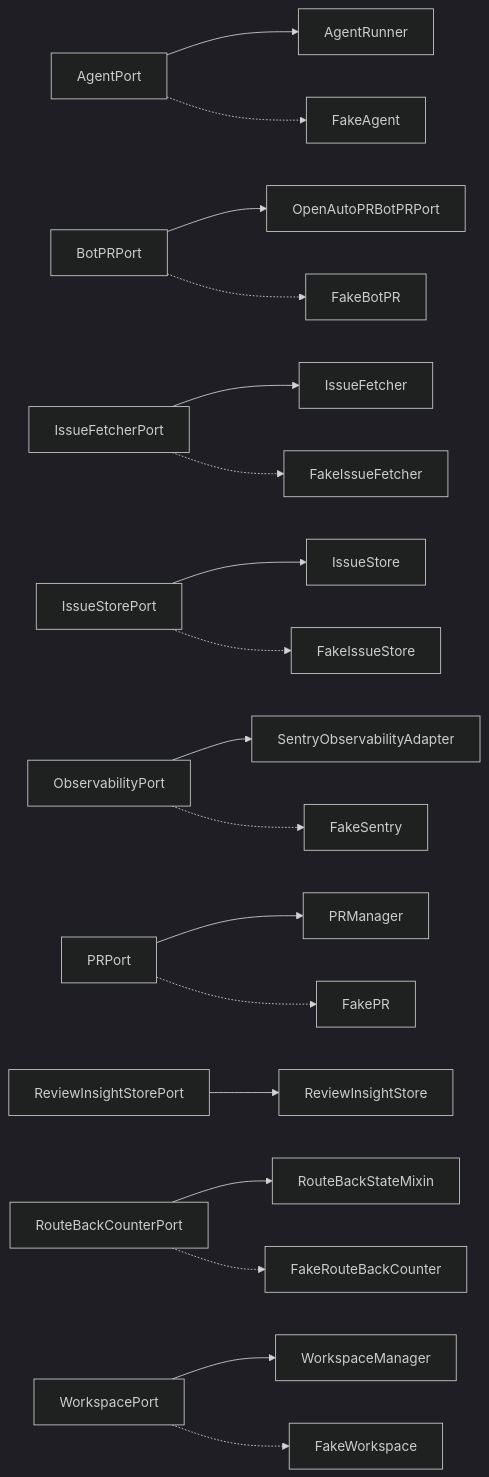
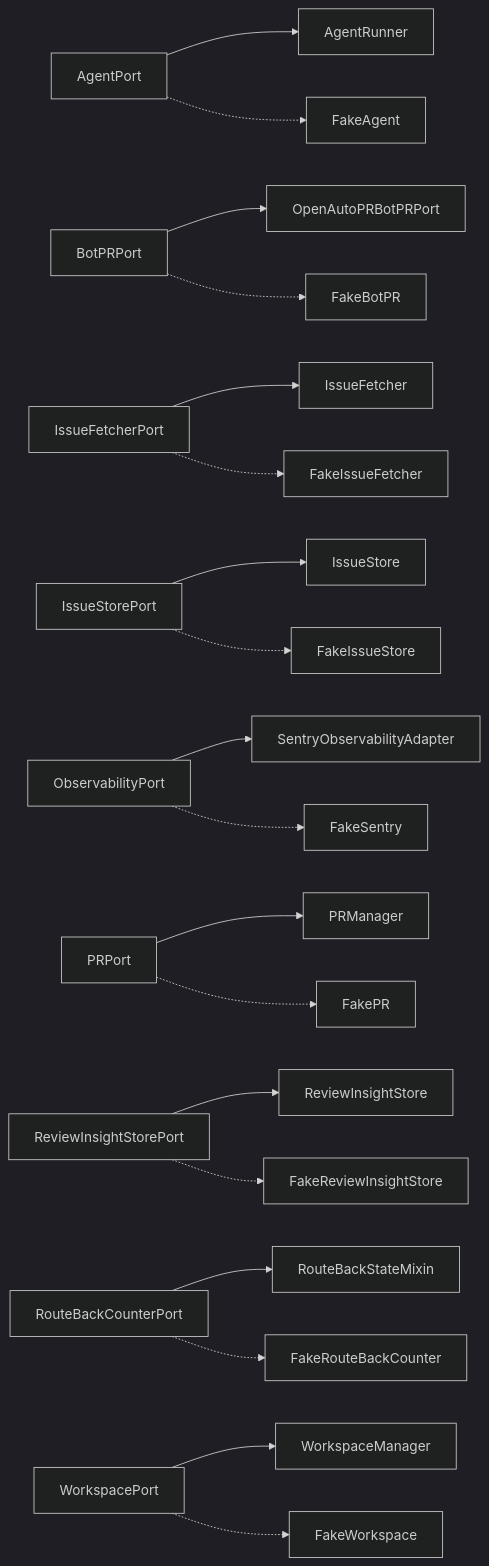
The diagram in docs/arch/generated/ports.md (T-rav/hydraflow), drawn with Mermaid (dark theme) before and after one commit. The commit also changed other lines of this file and 14 other files, not shown here.

First line of the commit message:
feat(mockworld): FakeReviewInsightStore satisfies ReviewInsightStorePort (ADR-0047, closes advisor-luab)

````diff
--- a/docs/arch/generated/ports.md
+++ b/docs/arch/generated/ports.md
@@ -7,20 +7,21 @@
 ```mermaid
 graph LR
     AgentPort --> AgentRunner
     AgentPort -.-> FakeAgent
     BotPRPort --> OpenAutoPRBotPRPort
     BotPRPort -.-> FakeBotPR
     IssueFetcherPort --> IssueFetcher
     IssueFetcherPort -.-> FakeIssueFetcher
     IssueStorePort --> IssueStore
     IssueStorePort -.-> FakeIssueStore
     ObservabilityPort --> SentryObservabilityAdapter
     ObservabilityPort -.-> FakeSentry
     PRPort --> PRManager
     PRPort -.-> FakePR
     ReviewInsightStorePort --> ReviewInsightStore
+    ReviewInsightStorePort -.-> FakeReviewInsightStore
     RouteBackCounterPort --> RouteBackStateMixin
     RouteBackCounterPort -.-> FakeRouteBackCounter
     WorkspacePort --> WorkspaceManager
     WorkspacePort -.-> FakeWorkspace
 ```
````
